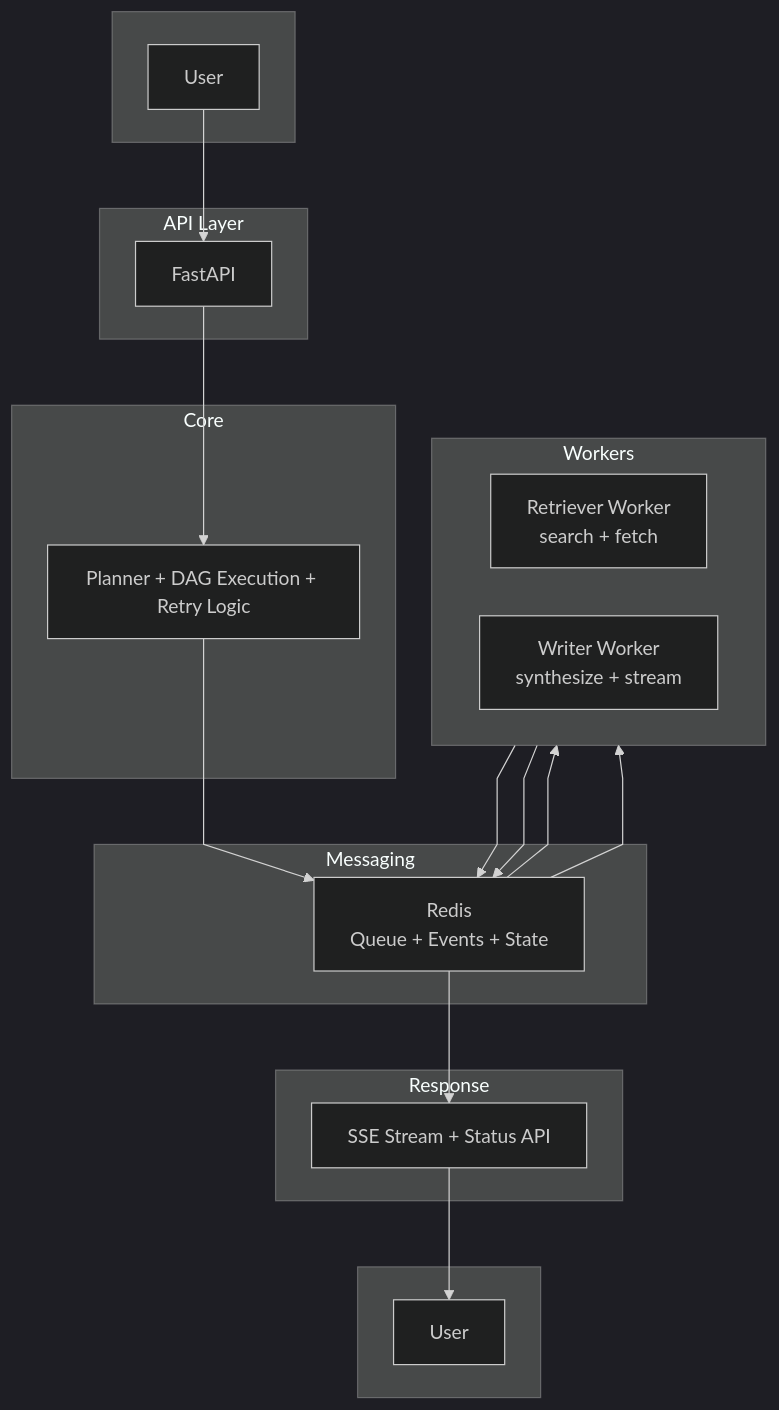
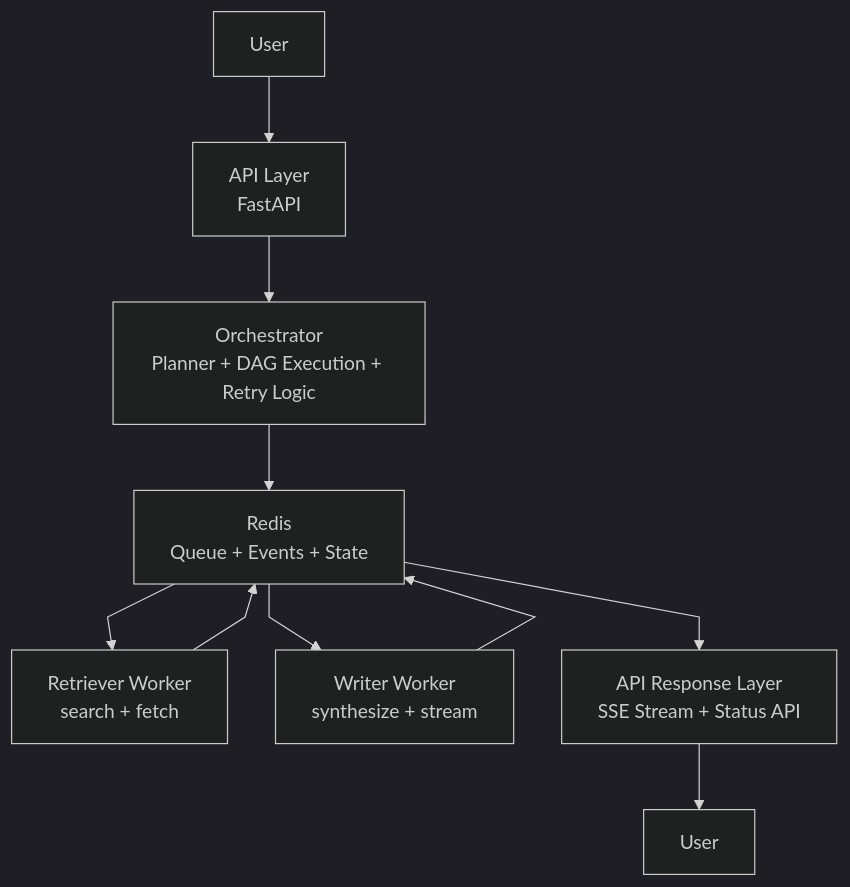
The diagram in README.md (Muru-Pan/Multi_Agent), drawn with Mermaid before and after one commit.

Commit message:
Remove README diagram container boxes

````diff
--- a/README.md
+++ b/README.md
@@ -17,43 +17,22 @@
 ```mermaid
 %%{init: {'theme': 'dark', 'flowchart': {'curve': 'linear', 'nodeSpacing': 40, 'rankSpacing': 55}}}%%
 flowchart TD
-    subgraph L1[" "]
-        U1["User"]
-    end
-
-    subgraph L2["API Layer"]
-        API["FastAPI"]
-    end
-
-    subgraph L3["Core"]
-        ORCH["Planner + DAG Execution + Retry Logic"]
-    end
-
-    subgraph L4["Messaging"]
-        REDIS["Redis<br/>Queue + Events + State"]
-    end
-
-    subgraph L5["Workers"]
-        direction LR
-        RET["Retriever Worker<br/>search + fetch"]
-        WR["Writer Worker<br/>synthesize + stream"]
-    end
-
-    subgraph L6["Response"]
-        RESP["SSE Stream + Status API"]
-    end
-
-    subgraph L7[" "]
-        U2["User"]
-    end
+    U1["User"]
+    API["API Layer<br/>FastAPI"]
+    ORCH["Orchestrator<br/>Planner + DAG Execution + Retry Logic"]
+    REDIS["Redis<br/>Queue + Events + State"]
+    RET["Retriever Worker<br/>search + fetch"]
+    WR["Writer Worker<br/>synthesize + stream"]
+    RESP["API Response Layer<br/>SSE Stream + Status API"]
+    U2["User"]
 
     U1 --> API
     API --> ORCH
     ORCH --> REDIS
     REDIS --> RET
     REDIS --> WR
     RET --> REDIS
     WR --> REDIS
     REDIS --> RESP
     RESP --> U2
 ```
````
